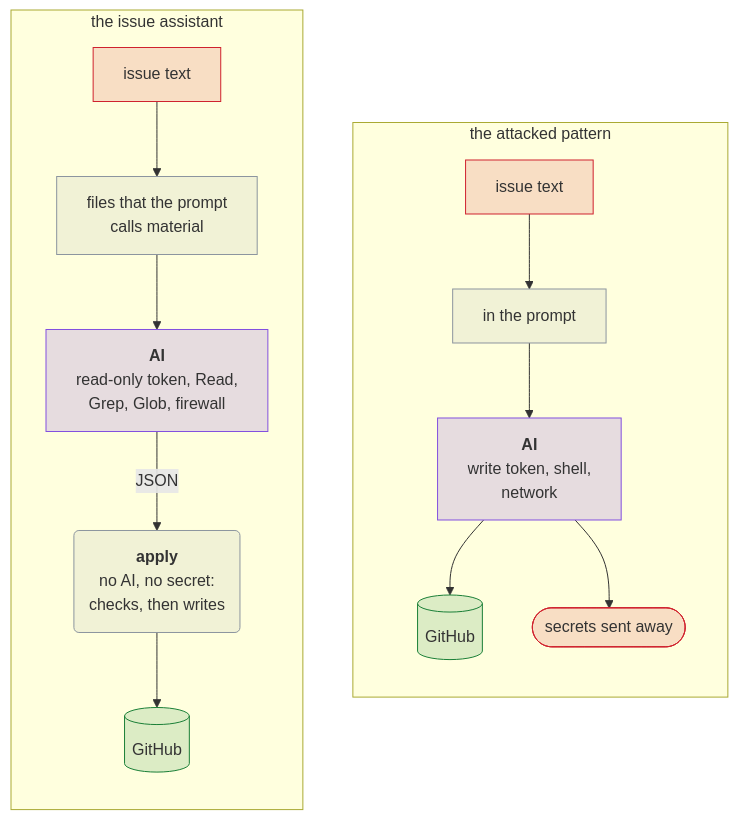
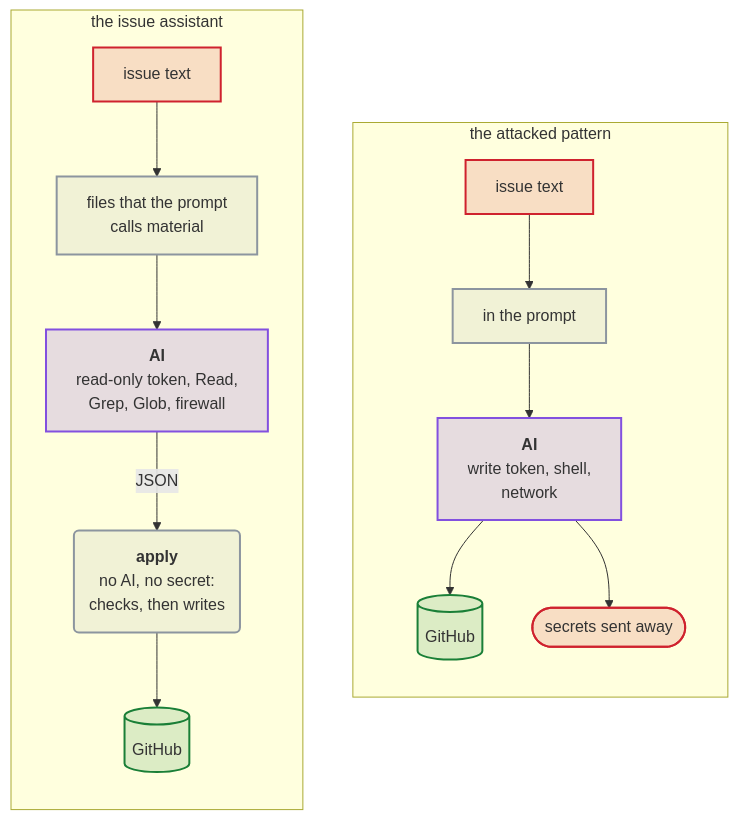
Before and after one commit to Dennis-Otto/issue-assistant: the first of 6 diagrams in docs/security.md, drawn with Mermaid. The commit also changed other lines of this file and 4 other files, not shown here.

First line of the commit message:
docs: accessible top-to-bottom diagrams, and three new ones (#82)

````diff
--- a/docs/security.md
+++ b/docs/security.md
@@ -39,27 +39,27 @@
 ```mermaid
 flowchart TB
   accTitle: The pattern that PromptPwnd attacks, and the assistant's
   accDescr: In the attacked pattern, the text of an issue goes into the prompt of an AI that holds a write token, a shell and the network, so a steered AI writes to GitHub or sends secrets away. In the assistant, the text of the issue goes into files that the prompt calls material; the AI reads them with a read-only token and reading tools alone, behind a firewall, and answers with JSON. A job without AI and without the engine's secret checks that answer and is the only one that writes to GitHub.
   subgraph attacked ["the attacked pattern"]
     direction TB
     issue1["issue text"] --> prompt1["in the prompt"]
     prompt1 --> agent1["<b>AI</b><br/>write token, shell,<br/>network"]
     agent1 --> github1[("GitHub")]
     agent1 --> leak(["secrets sent away"])
   end
   subgraph assistant ["the issue assistant"]
     direction TB
     issue2["issue text"] --> files["files that the prompt<br/>calls material"]
     files --> agent2["<b>AI</b><br/>read-only token, Read,<br/>Grep, Glob, firewall"]
     agent2 -- "JSON" --> apply("<b>apply</b><br/>no AI, no secret:<br/>checks, then writes")
     apply --> github2[("GitHub")]
   end
-  classDef untrusted fill:#cf222e26,stroke:#cf222e
-  classDef ai fill:#8250df33,stroke:#8250df
-  classDef job fill:#8c959f1f,stroke:#8c959f
-  classDef safe fill:#1a7f3726,stroke:#1a7f37
+  classDef untrusted fill:#cf222e26,stroke:#cf222e,stroke-width:2px
+  classDef ai fill:#8250df33,stroke:#8250df,stroke-width:2px
+  classDef job fill:#8c959f1f,stroke:#8c959f,stroke-width:2px
+  classDef safe fill:#1a7f3726,stroke:#1a7f37,stroke-width:2px
   class issue1,issue2,leak untrusted
   class agent1,agent2 ai
   class prompt1,files,apply job
   class github1,github2 safe
 ```
````
